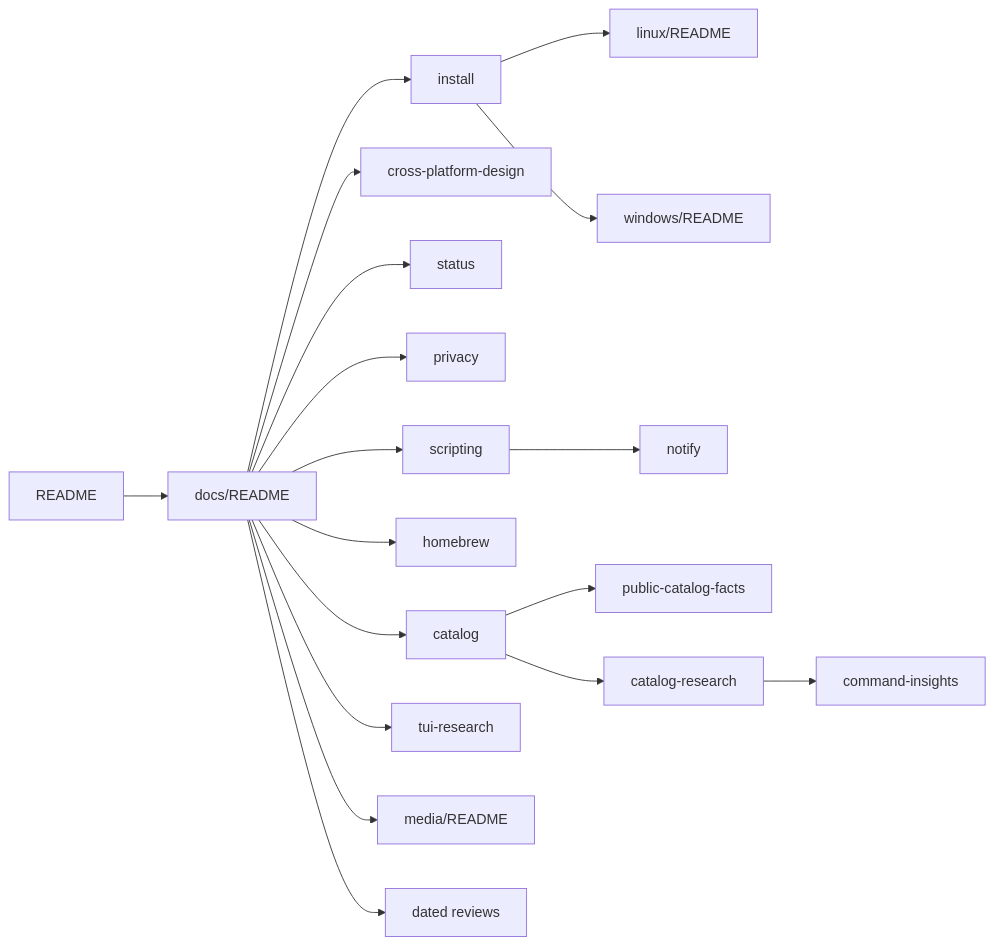
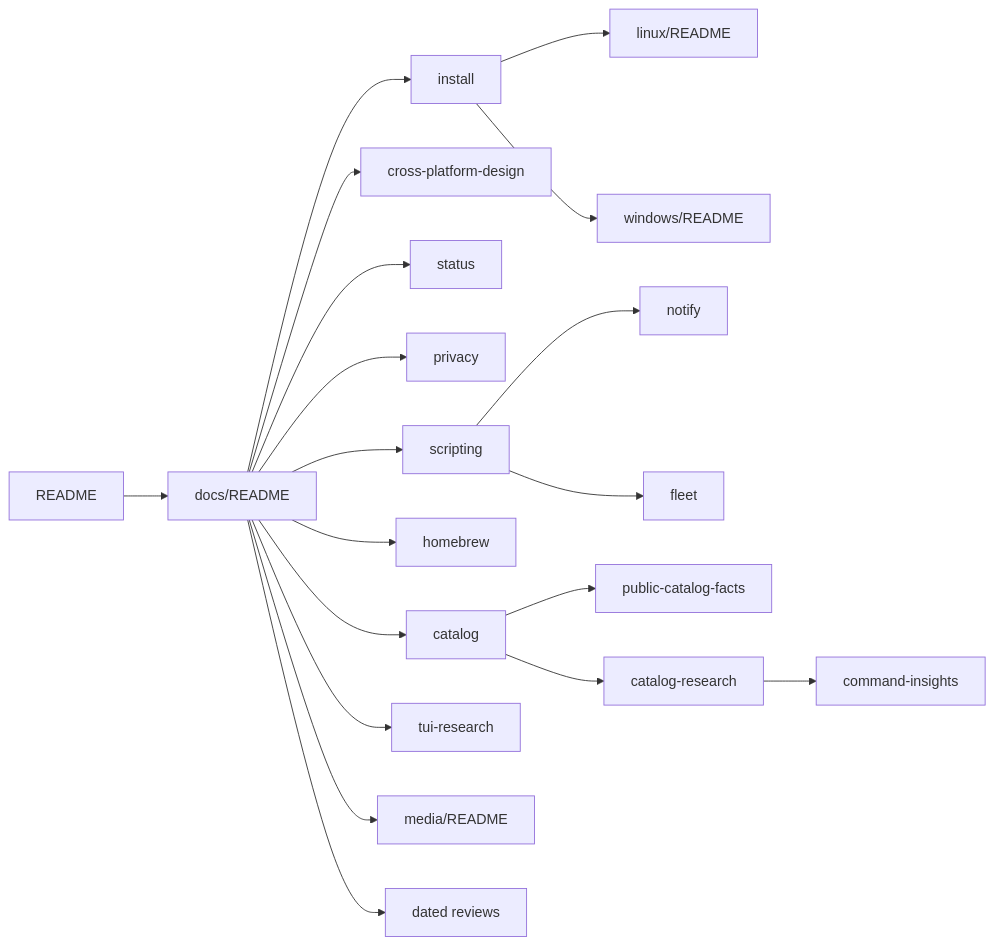
Before and after one commit to travisjneuman/aiup: the diagram in docs/README.md, drawn with Mermaid. The commit also changed other lines of this file and 17 other files, not shown here.

````diff
--- a/docs/README.md
+++ b/docs/README.md
@@ -28,20 +29,21 @@
 ```mermaid
 graph LR
   RD[README] --> DX[docs/README]
   DX --> IN[install]
   IN --> LX[linux/README]
   IN --> WN[windows/README]
   DX --> XP[cross-platform-design]
   DX --> ST[status]
   DX --> PV[privacy]
   DX --> SC[scripting]
   SC --> NT[notify]
+  SC --> FL[fleet]
   DX --> HB[homebrew]
   DX --> CT[catalog]
   CT --> PF[public-catalog-facts]
   CT --> CR[catalog-research]
   CR --> CI[command-insights]
   DX --> TR[tui-research]
   DX --> MD[media/README]
   DX --> DR[dated reviews]
 ```
````
